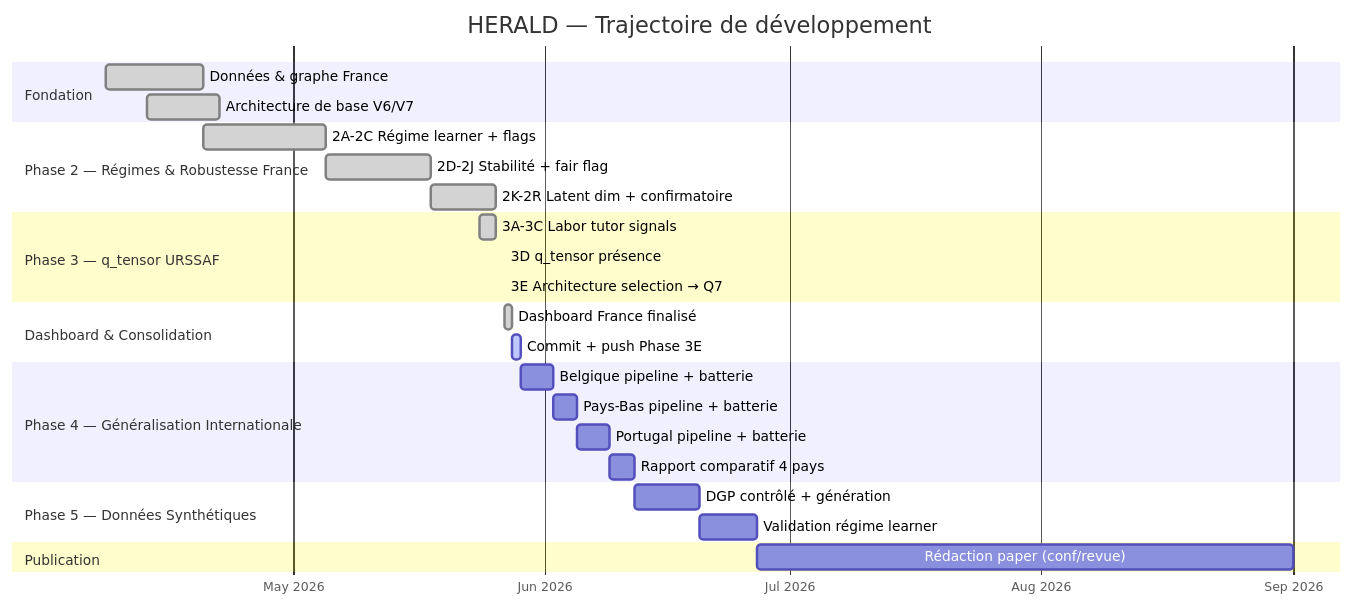
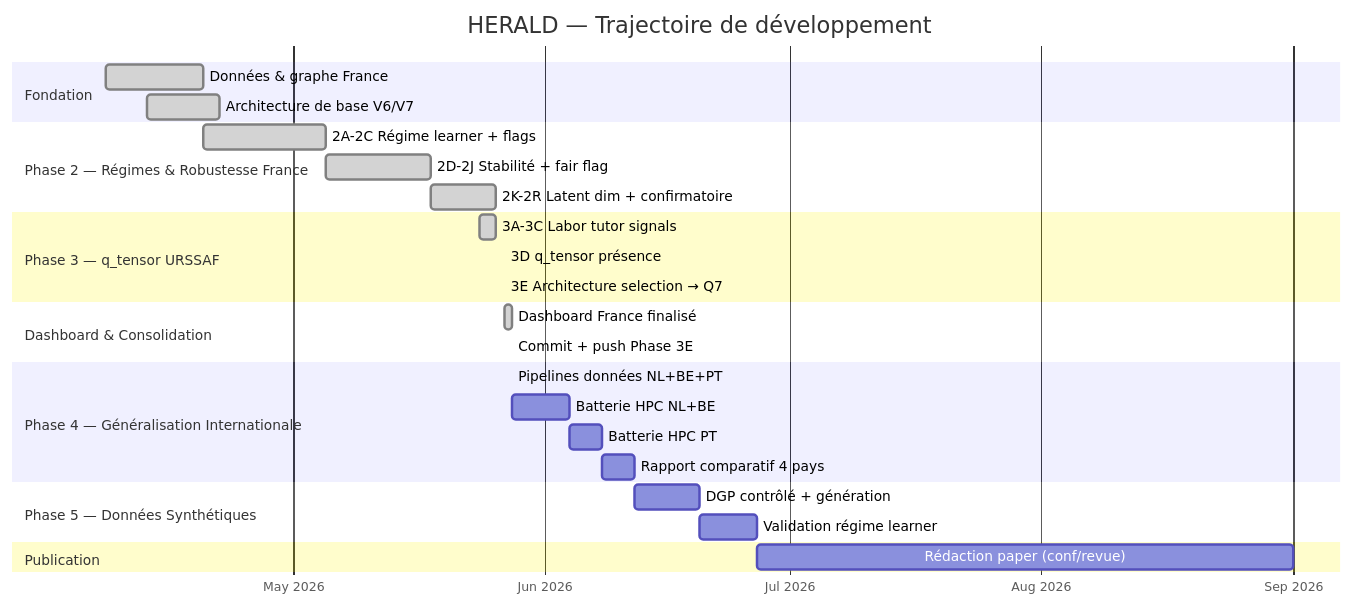
One commit to Jpmartinslag/neural-temporal-relational-model changed the diagram in README.md. Above: the diagram before and after it, drawn with Mermaid. The commit also changed other lines of this file and 16 other files, not shown here.

First line of the commit message:
docs(phase4): update READMEs, metadata and create hpc/phase4 structure

````diff
--- a/README.md
+++ b/README.md
@@ -9,37 +9,37 @@
 ```mermaid
 gantt
     title HERALD — Trajectoire de développement
     dateFormat  YYYY-MM-DD
     axisFormat  %b %Y
 
     section Fondation
     Données & graphe France          :done, found1, 2026-04-08, 2026-04-20
     Architecture de base V6/V7       :done, found2, 2026-04-13, 2026-04-22
 
     section Phase 2 — Régimes & Robustesse France
     2A-2C Régime learner + flags     :done, p2a, 2026-04-20, 2026-05-05
     2D-2J Stabilité + fair flag      :done, p2d, 2026-05-05, 2026-05-18
     2K-2R Latent dim + confirmatoire :done, p2k, 2026-05-18, 2026-05-26
 
     section Phase 3 — q_tensor URSSAF
     3A-3C Labor tutor signals        :done, p3a, 2026-05-24, 2026-05-26
     3D q_tensor présence             :done, p3d, 2026-05-27, 2026-05-27
     3E Architecture selection → Q7   :done, p3e, 2026-05-27, 2026-05-27
 
     section Dashboard & Consolidation
     Dashboard France finalisé        :done, dash, 2026-05-27, 2026-05-28
-    Commit + push Phase 3E           :active, commit, 2026-05-28, 2026-05-29
+    Commit + push Phase 3E           :done, commit, 2026-05-28, 2026-05-28
 
     section Phase 4 — Généralisation Internationale
-    Belgique pipeline + batterie     :p4be, 2026-05-29, 2026-06-02
-    Pays-Bas pipeline + batterie     :p4nl, 2026-06-02, 2026-06-05
-    Portugal pipeline + batterie     :p4pt, 2026-06-05, 2026-06-09
-    Rapport comparatif 4 pays        :p4rep, 2026-06-09, 2026-06-12
+    Pipelines données NL+BE+PT       :done, p4data, 2026-05-28, 2026-05-28
+    Batterie HPC NL+BE               :p4hpc_nb, 2026-05-28, 2026-06-04
+    Batterie HPC PT                  :p4hpc_pt, 2026-06-04, 2026-06-08
+    Rapport comparatif 4 pays        :p4rep, 2026-06-08, 2026-06-12
 
     section Phase 5 — Données Synthétiques
     DGP contrôlé + génération        :p5gen, 2026-06-12, 2026-06-20
     Validation régime learner        :p5val, 2026-06-20, 2026-06-27
 
     section Publication
     Rédaction paper (conf/revue)     :paper, 2026-06-27, 2026-09-01
 ```
````
